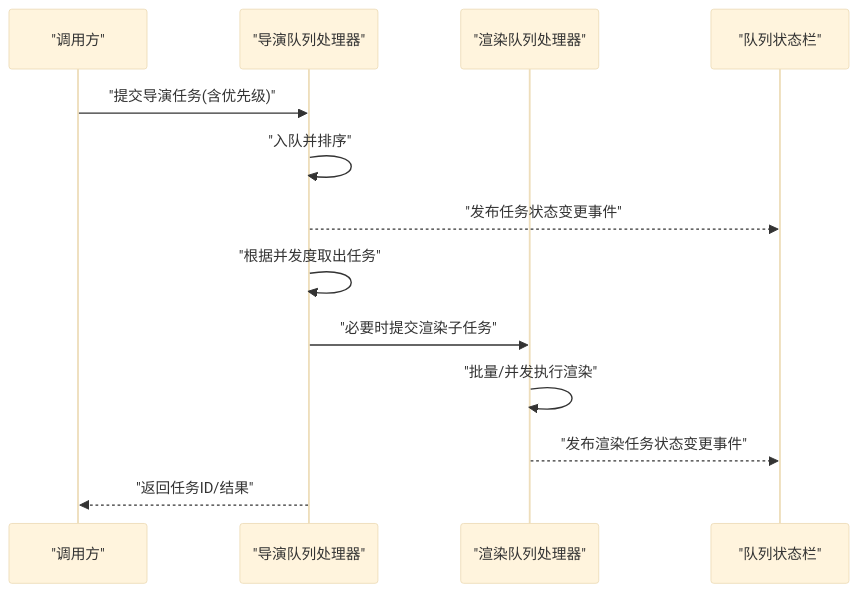
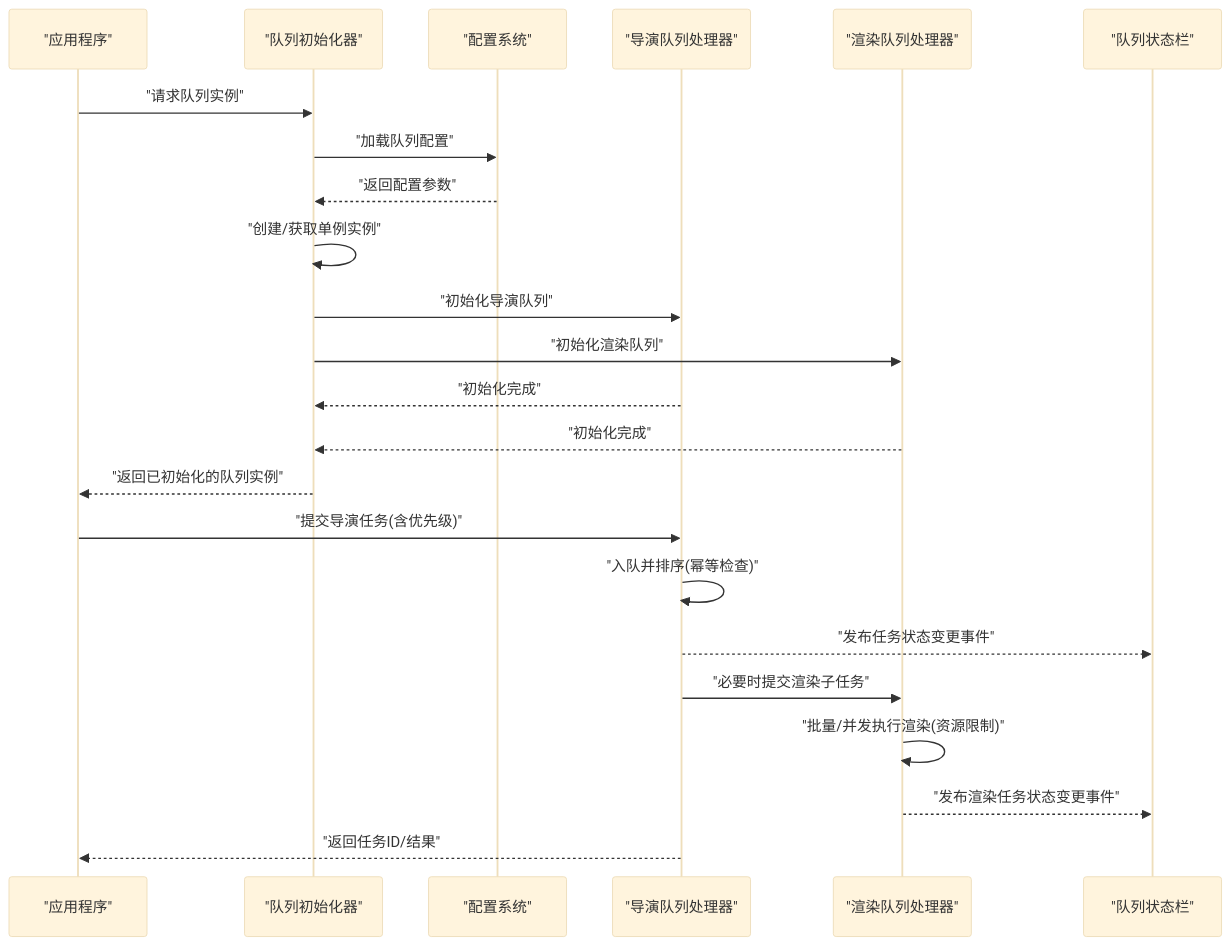
One commit to AIMFllyYS/code-video-canvas changed the second of 9 diagrams in .qoder/repowiki/zh/content/核心功能模块/导演系统/队列处理.md. Above: the diagram before and after it, drawn with Mermaid (base theme). The commit also changed other lines of this file and 47 other files, not shown here.

````diff
--- a/.qoder/repowiki/zh/content/核心功能模块/导演系统/队列处理.md
+++ b/.qoder/repowiki/zh/content/核心功能模块/导演系统/队列处理.md
@@ -96,15 +128,25 @@
 ```mermaid
 sequenceDiagram
-participant Client as "调用方"
+participant App as "应用程序"
+participant Init as "队列初始化器"
+participant Config as "配置系统"
 participant DirectorQH as "导演队列处理器"
 participant RenderQH as "渲染队列处理器"
 participant UI as "队列状态栏"
-Client->>DirectorQH : "提交导演任务(含优先级)"
-DirectorQH->>DirectorQH : "入队并排序"
+App->>Init : "请求队列实例"
+Init->>Config : "加载队列配置"
+Config-->>Init : "返回配置参数"
+Init->>Init : "创建/获取单例实例"
+Init->>DirectorQH : "初始化导演队列"
+Init->>RenderQH : "初始化渲染队列"
+DirectorQH-->>Init : "初始化完成"
+RenderQH-->>Init : "初始化完成"
+Init-->>App : "返回已初始化的队列实例"
+App->>DirectorQH : "提交导演任务(含优先级)"
+DirectorQH->>DirectorQH : "入队并排序(幂等检查)"
 DirectorQH-->>UI : "发布任务状态变更事件"
-DirectorQH->>DirectorQH : "根据并发度取出任务"
 DirectorQH->>RenderQH : "必要时提交渲染子任务"
-RenderQH->>RenderQH : "批量/并发执行渲染"
+RenderQH->>RenderQH : "批量/并发执行渲染(资源限制)"
 RenderQH-->>UI : "发布渲染任务状态变更事件"
-DirectorQH-->>Client : "返回任务ID/结果"
+DirectorQH-->>App : "返回任务ID/结果"
 ```
````
